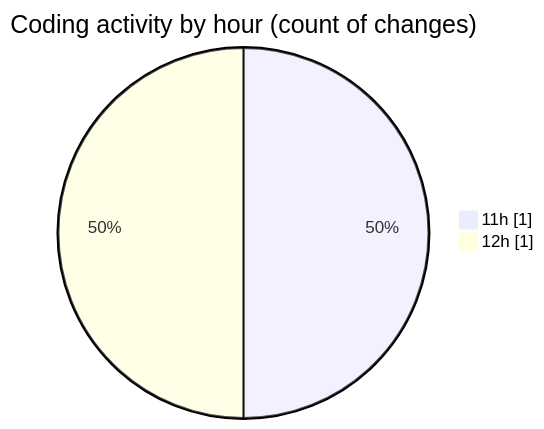
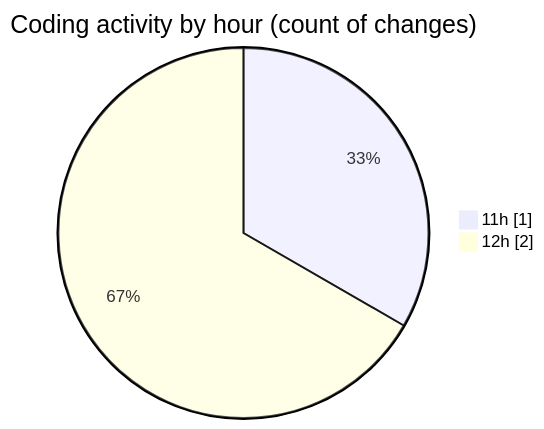
The second of 2 diagrams in 2025-02-24/day09-random-string/README.md (NitaiMahat/code-tracking), drawn with Mermaid before and after one commit. The commit also changed other lines of this file and 1 other file, not shown here.

````diff
--- a/2025-02-24/day09-random-string/README.md
+++ b/2025-02-24/day09-random-string/README.md
@@ -28,6 +29,6 @@
 ```mermaid
 pie showData
 title Coding activity by hour (count of changes)
 "11h" : 1
-"12h" : 1
+"12h" : 2
 ```
````
